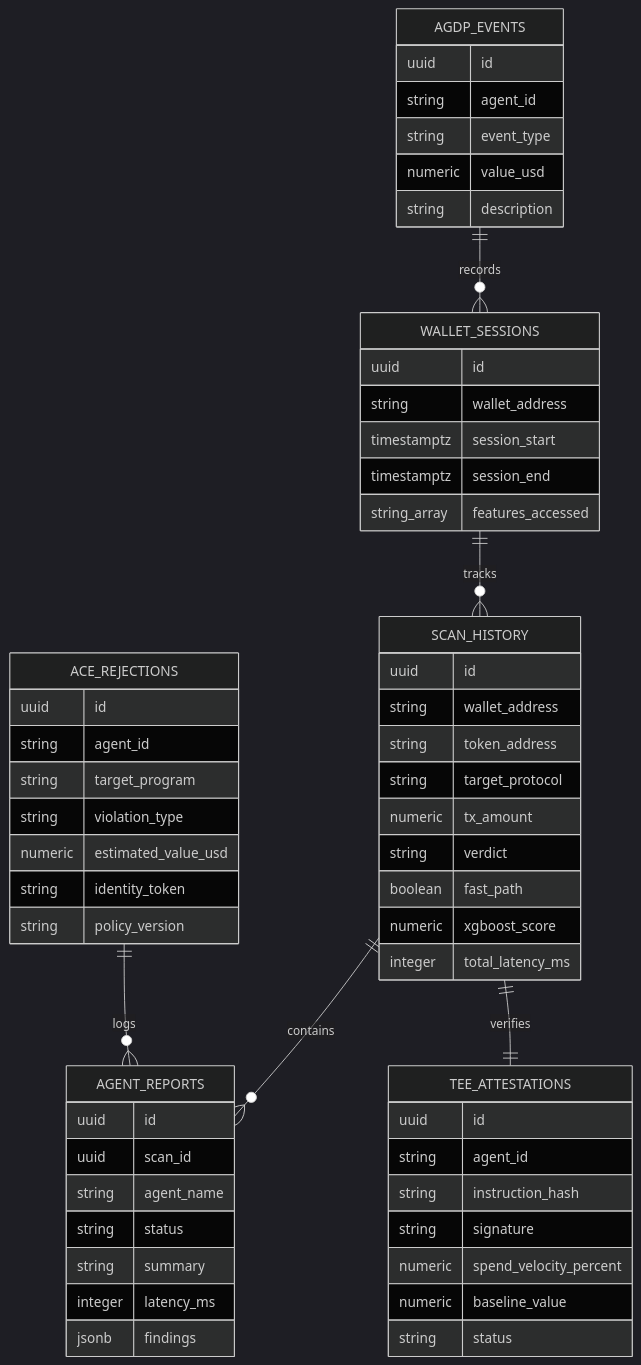
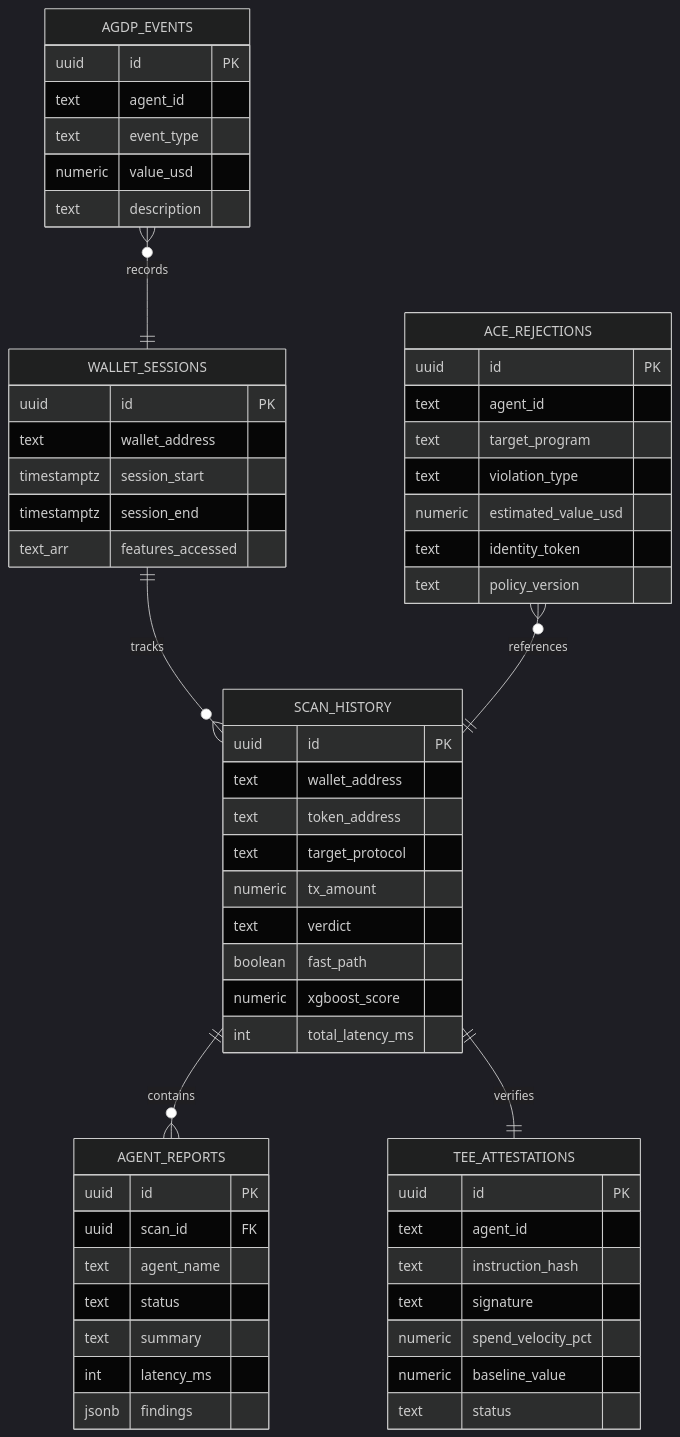
One commit to atharv20s/Veritas-Collesium changed the second of 2 diagrams in README.md. Above: the diagram before and after it, drawn with Mermaid (dark theme). The commit also changed other lines of this file, not shown here.

Commit message:
docs: replace AI-generated ERD with proper Mermaid architecture flowchart, remove all emojis

````diff
--- a/README.md
+++ b/README.md
@@ -20,66 +100,66 @@
 ```mermaid
 erDiagram
     WALLET_SESSIONS ||--o{ SCAN_HISTORY : "tracks"
     SCAN_HISTORY ||--o{ AGENT_REPORTS : "contains"
     SCAN_HISTORY ||--|| TEE_ATTESTATIONS : "verifies"
-    ACE_REJECTIONS ||--o{ AGENT_REPORTS : "logs"
-    AGDP_EVENTS ||--o{ WALLET_SESSIONS : "records"
+    ACE_REJECTIONS }o--|| SCAN_HISTORY : "references"
+    AGDP_EVENTS }o--|| WALLET_SESSIONS : "records"
 
     WALLET_SESSIONS {
-        uuid id
-        string wallet_address
+        uuid id PK
+        text wallet_address
         timestamptz session_start
         timestamptz session_end
-        string_array features_accessed
+        text_arr features_accessed
     }
 
     SCAN_HISTORY {
-        uuid id
-        string wallet_address
-        string token_address
-        string target_protocol
+        uuid id PK
+        text wallet_address
+        text token_address
+        text target_protocol
         numeric tx_amount
-        string verdict
+        text verdict
         boolean fast_path
         numeric xgboost_score
-        integer total_latency_ms
+        int total_latency_ms
     }
 
     AGENT_REPORTS {
-        uuid id
-        uuid scan_id
-        string agent_name
-        string status
-        string summary
-        integer latency_ms
+        uuid id PK
+        uuid scan_id FK
+        text agent_name
+        text status
+        text summary
+        int latency_ms
         jsonb findings
     }
 
     ACE_REJECTIONS {
-        uuid id
-        string agent_id
-        string target_program
-        string violation_type
+        uuid id PK
+        text agent_id
+        text target_program
+        text violation_type
         numeric estimated_value_usd
-        string identity_token
-        string policy_version
+        text identity_token
+        text policy_version
     }
 
     AGDP_EVENTS {
-        uuid id
-        string agent_id
-        string event_type
+        uuid id PK
+        text agent_id
+        text event_type
         numeric value_usd
-        string description
+        text description
     }
 
     TEE_ATTESTATIONS {
-        uuid id
-        string agent_id
-        string instruction_hash
-        string signature
-        numeric spend_velocity_percent
+        uuid id PK
+        text agent_id
+        text instruction_hash
+        text signature
+        numeric spend_velocity_pct
         numeric baseline_value
-        string status
+        text status
     }
 ```
````
